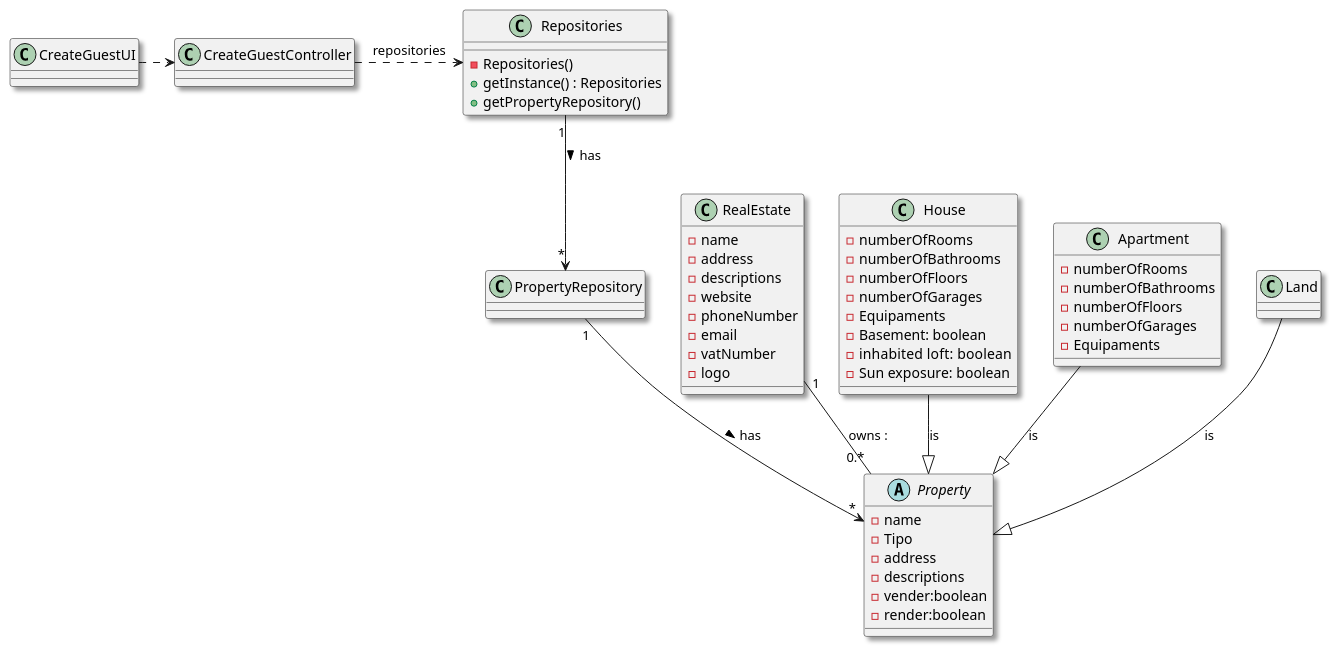
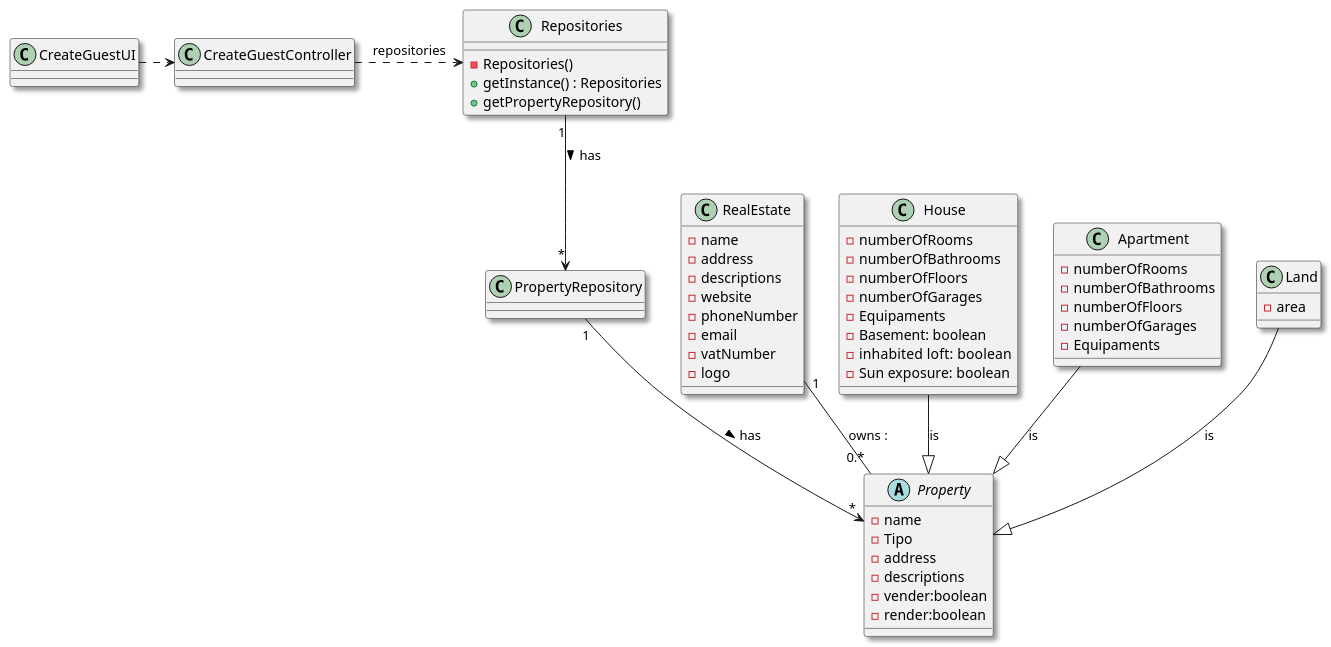
The diagram in lei-22-s2-1do-g68/docs/SprintB/us001/03.design/puml/us001-class-diagram.puml (hugosilva2901/lei-22-s2-1DO-g68), drawn with PlantUML before and after one commit. The commit also changed 5 other files, not shown here.

Commit message:
Criaçao das classes base land property apartment house e pequena musança nos diagramas de sequencia

```diff
--- a/lei-22-s2-1do-g68/docs/SprintB/us001/03.design/puml/us001-class-diagram.puml
+++ b/lei-22-s2-1do-g68/docs/SprintB/us001/03.design/puml/us001-class-diagram.puml
@@ -1,75 +1,76 @@
 @startuml
 skinparam monochrome false
 skinparam packageStyle rectangle
 skinparam shadowing true
 top to bottom direction
 
 skinparam classAttributeIconSize "2"
 
 
 class RealEstate {
     - name
     - address
     - descriptions
     - website
     - phoneNumber
     - email
     - vatNumber
     - logo
 }
 class House{
     - numberOfRooms
     - numberOfBathrooms
     - numberOfFloors
     - numberOfGarages
     - Equipaments
     - Basement: boolean
     - inhabited  loft: boolean
     - Sun exposure: boolean
 }
 class Apartment{
     - numberOfRooms
     - numberOfBathrooms
     - numberOfFloors
     - numberOfGarages
     - Equipaments
 
 }
 class Land{
+    - area
 }
 abstract class Property {
     - name
     - Tipo
     - address
     - descriptions
     - vender:boolean
     - render:boolean
 }
 
 class Repositories {
     - Repositories()
     + getInstance() : Repositories
     + getPropertyRepository()
 
 }
 class CreateGuestUI{
 }
 
 class CreateGuestController{
 
 }
 class PropertyRepository{
 
 }
 
 CreateGuestUI .> CreateGuestController
 CreateGuestController .> Repositories : repositories
 Repositories "1" --> "*" PropertyRepository : has >
 PropertyRepository "1" --> "*" Property : has >
 House  --|>  Property  : is
 Apartment  --|>  Property : is
 Land  --|>  Property : is
 RealEstate "1"--"0.*" Property: owns :
 
 
 @enduml
```
